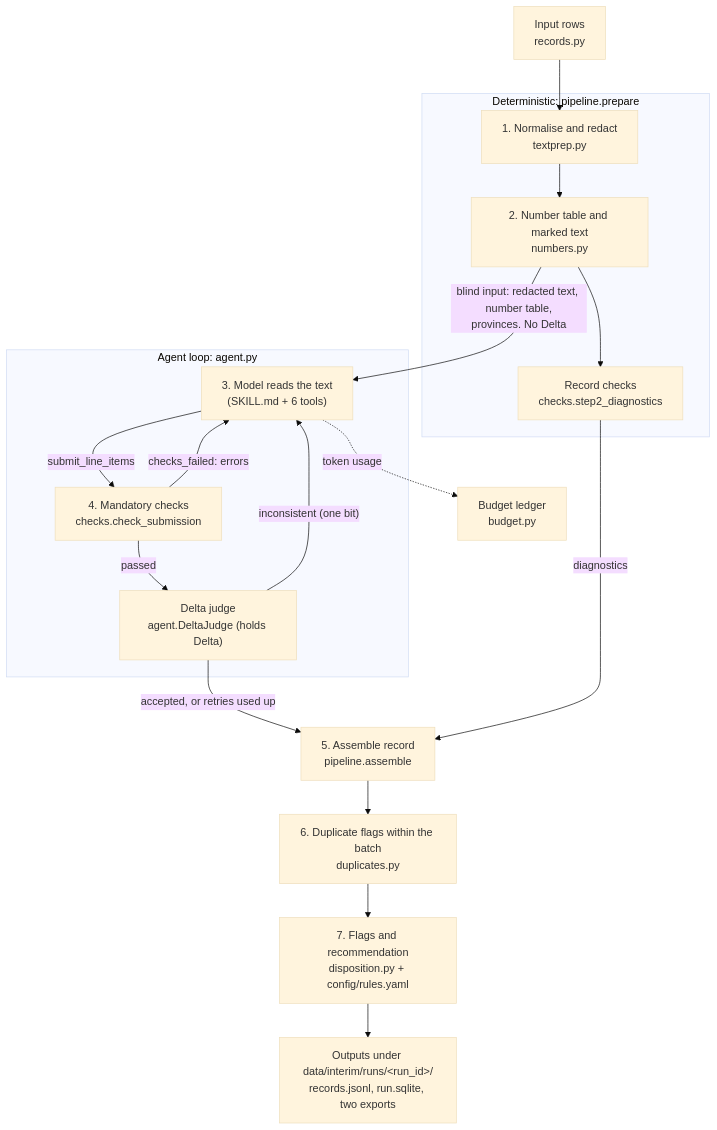
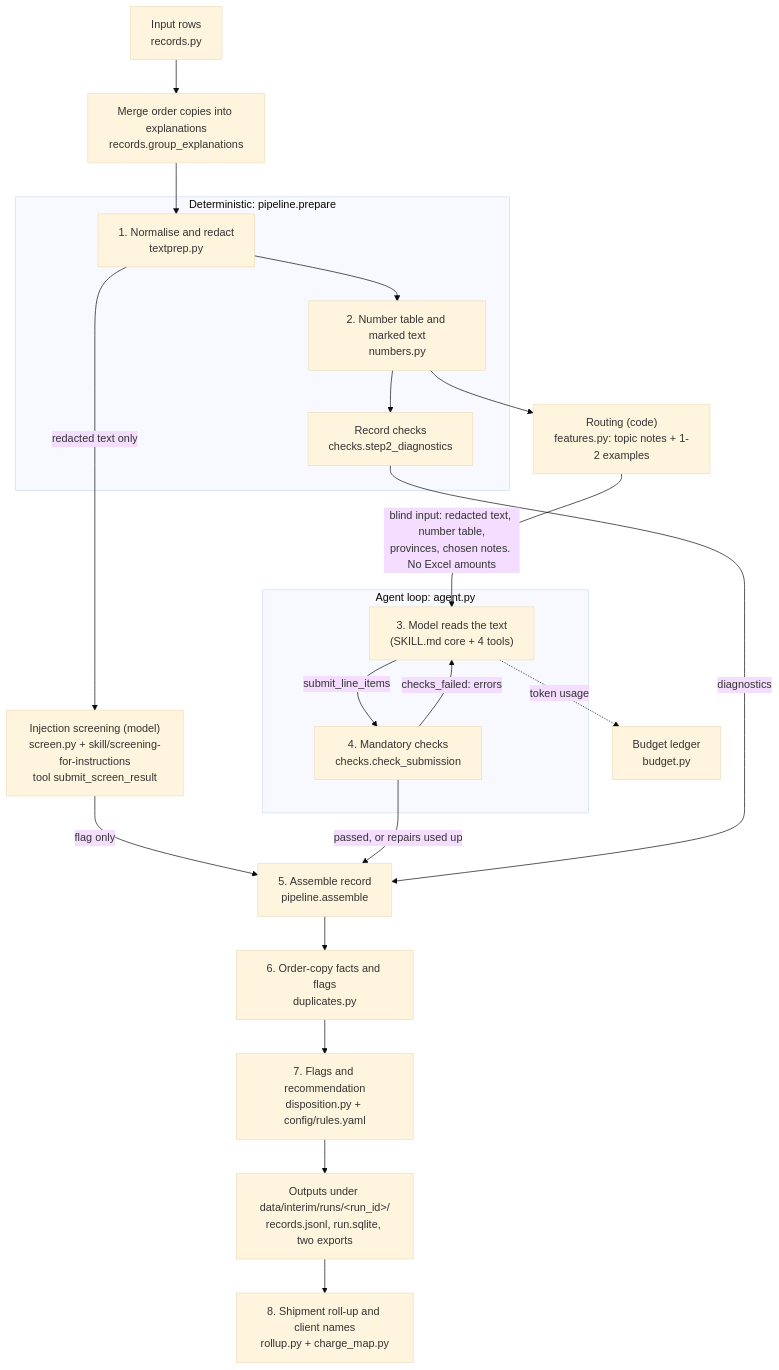
The diagram in docs/architecture.md (Lavender123-gif/Freight-Analytics-Agent-Team-16), drawn with Mermaid (base theme) before and after one commit. The commit also changed other lines of this file and 185 other files, not shown here.

````diff
--- a/docs/architecture.md
+++ b/docs/architecture.md
@@ -15,25 +17,28 @@
 ```mermaid
 flowchart TD
-    IN["Input rows<br/>records.py"] --> S1
+    IN["Input rows<br/>records.py"] --> G["Merge order copies into explanations<br/>records.group_explanations"]
+    G --> S1
 
     subgraph DET1["Deterministic: pipeline.prepare"]
         S1["1. Normalise and redact<br/>textprep.py"] --> S2["2. Number table and marked text<br/>numbers.py"]
         S2 --> S2b["Record checks<br/>checks.step2_diagnostics"]
     end
 
-    S2 -- "blind input: redacted text, number table,<br/>provinces. No Delta" --> M
+    S1 -- "redacted text only" --> SC["Injection screening (model)<br/>screen.py + skill/screening-for-instructions<br/>tool submit_screen_result"]
+    SC -- "flag only" --> A
+    S2 --> RT["Routing (code)<br/>features.py: topic notes + 1-2 examples"]
+    RT -- "blind input: redacted text, number table,<br/>provinces, chosen notes. No Excel amounts" --> M
 
     subgraph LOOP["Agent loop: agent.py"]
-        M["3. Model reads the text<br/>(SKILL.md + 6 tools)"] -- "submit_line_items" --> C["4. Mandatory checks<br/>checks.check_submission"]
+        M["3. Model reads the text<br/>(SKILL.md core + 4 tools)"] -- "submit_line_items" --> C["4. Mandatory checks<br/>checks.check_submission"]
         C -- "checks_failed: errors" --> M
-        C -- "passed" --> J["Delta judge<br/>agent.DeltaJudge (holds Delta)"]
-        J -- "inconsistent (one bit)" --> M
     end
 
-    J -- "accepted, or retries used up" --> A["5. Assemble record<br/>pipeline.assemble"]
+    C -- "passed, or repairs used up" --> A["5. Assemble record<br/>pipeline.assemble"]
     S2b -- diagnostics --> A
-    A --> D["6. Duplicate flags within the batch<br/>duplicates.py"]
+    A --> D["6. Order-copy facts and flags<br/>duplicates.py"]
     D --> R["7. Flags and recommendation<br/>disposition.py + config/rules.yaml"]
     R --> OUT["Outputs under data/interim/runs/&lt;run_id&gt;/<br/>records.jsonl, run.sqlite, two exports"]
+    OUT --> U["8. Shipment roll-up and client names<br/>rollup.py + charge_map.py"]
     M -. "token usage" .-> B["Budget ledger<br/>budget.py"]
 ```
````
